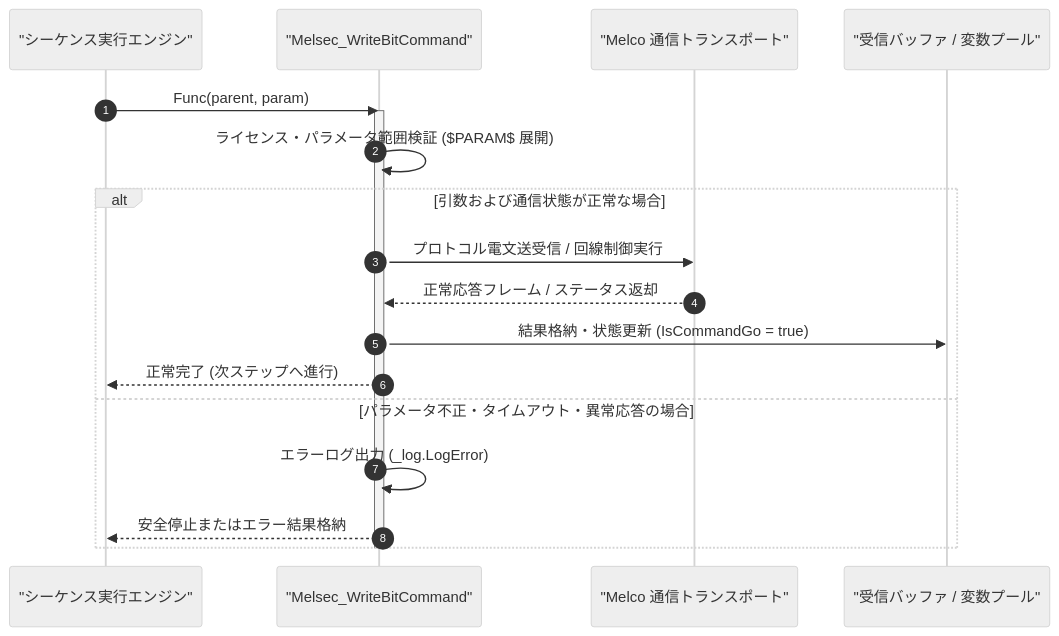
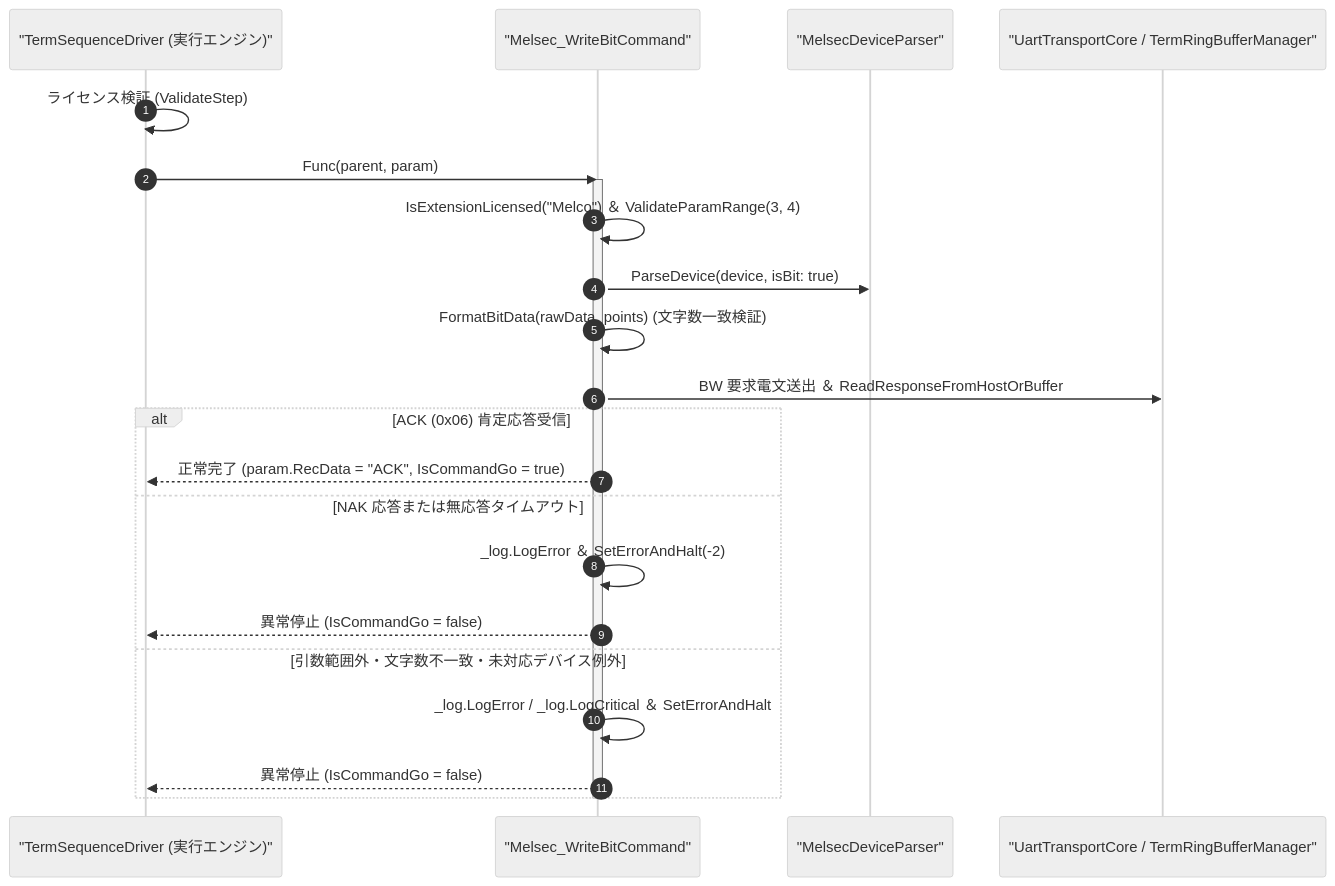
One commit to Monaca-App/TermAddIn changed the diagram in Manual/Melco/Melsec_WriteBit.Md. Above: the diagram before and after it, drawn with Mermaid (neutral theme). The commit also changed other lines of this file and 157 other files, not shown here.

````diff
--- a/Manual/Melco/Melsec_WriteBit.Md
+++ b/Manual/Melco/Melsec_WriteBit.Md
@@ -80,22 +81,26 @@
 ```mermaid
 sequenceDiagram
     autonumber
-    participant Script as "シーケンス実行エンジン"
+    participant Driver as "TermSequenceDriver (実行エンジン)"
     participant Cmd as "Melsec_WriteBitCommand"
-    participant Trans as "Melco 通信トランスポート"
-    participant Buf as "受信バッファ / 変数プール"
+    participant Parser as "MelsecDeviceParser"
+    participant Port as "UartTransportCore / TermRingBufferManager"
 
-    Script->>Cmd: Func(parent, param)
+    Driver->>Driver: ライセンス検証 (ValidateStep)
+    Driver->>Cmd: Func(parent, param)
     activate Cmd
-    Cmd->>Cmd: ライセンス・パラメータ範囲検証 ($PARAM$ 展開)
-    alt 引数および通信状態が正常な場合
-        Cmd->>Trans: プロトコル電文送受信 / 回線制御実行
-        Trans-->>Cmd: 正常応答フレーム / ステータス返却
-        Cmd->>Buf: 結果格納・状態更新 (IsCommandGo = true)
-        Cmd-->>Script: 正常完了 (次ステップへ進行)
-    else パラメータ不正・タイムアウト・異常応答の場合
-        Cmd->>Cmd: エラーログ出力 (_log.LogError)
-        Cmd-->>Script: 安全停止またはエラー結果格納
+    Cmd->>Cmd: IsExtensionLicensed("Melco") ＆ ValidateParamRange(3, 4)
+    Cmd->>Parser: ParseDevice(device, isBit: true)
+    Cmd->>Cmd: FormatBitData(rawData, points) (文字数一致検証)
+    Cmd->>Port: BW 要求電文送出 ＆ ReadResponseFromHostOrBuffer
+    alt ACK (0x06) 肯定応答受信
+        Cmd-->>Driver: 正常完了 (param.RecData = "ACK", IsCommandGo = true)
+    else NAK 応答または無応答タイムアウト
+        Cmd->>Cmd: _log.LogError ＆ SetErrorAndHalt(-2)
+        Cmd-->>Driver: 異常停止 (IsCommandGo = false)
+    else 引数範囲外・文字数不一致・未対応デバイス例外
+        Cmd->>Cmd: _log.LogError / _log.LogCritical ＆ SetErrorAndHalt
+        Cmd-->>Driver: 異常停止 (IsCommandGo = false)
     end
     deactivate Cmd
 ```
````
